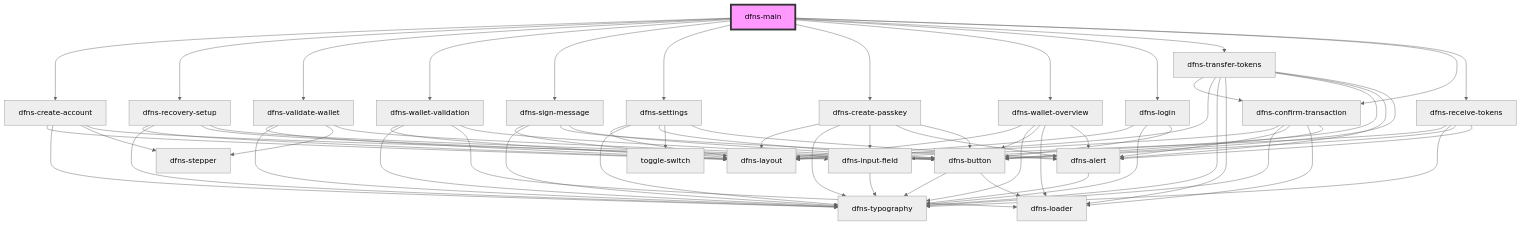
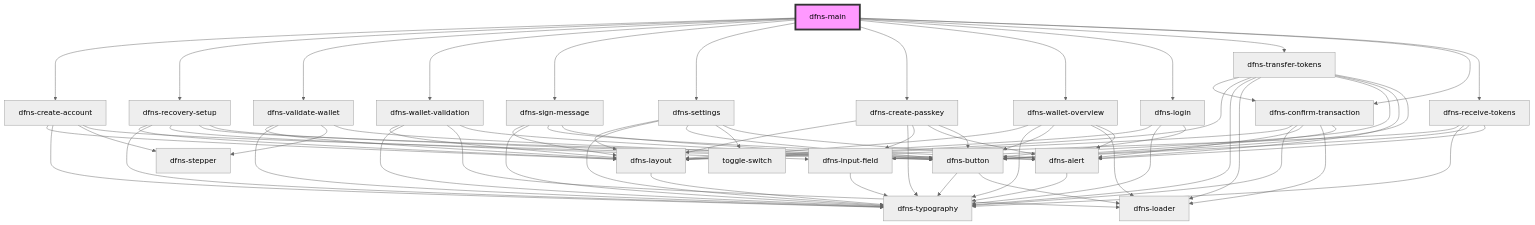
The diagram in src/components/Pages/dfns-main/readme.md (dfnsext/web-ui), drawn with Mermaid (neutral theme) before and after one commit. The commit also changed other lines of this file and 25 other files, not shown here.

````diff
--- a/src/components/Pages/dfns-main/readme.md
+++ b/src/components/Pages/dfns-main/readme.md
@@ -40,74 +39,76 @@
 ```mermaid
 graph TD;
   dfns-main --> dfns-create-account
   dfns-main --> dfns-recovery-setup
   dfns-main --> dfns-validate-wallet
   dfns-main --> dfns-wallet-validation
   dfns-main --> dfns-sign-message
   dfns-main --> dfns-settings
   dfns-main --> dfns-create-passkey
   dfns-main --> dfns-wallet-overview
   dfns-main --> dfns-login
   dfns-main --> dfns-transfer-tokens
   dfns-main --> dfns-confirm-transaction
   dfns-main --> dfns-receive-tokens
   dfns-create-account --> dfns-layout
   dfns-create-account --> dfns-typography
   dfns-create-account --> dfns-stepper
   dfns-create-account --> dfns-button
+  dfns-layout --> dfns-typography
   dfns-button --> dfns-typography
   dfns-button --> dfns-loader
   dfns-recovery-setup --> dfns-layout
   dfns-recovery-setup --> dfns-typography
   dfns-recovery-setup --> dfns-input-field
+  dfns-recovery-setup --> dfns-alert
   dfns-recovery-setup --> dfns-button
   dfns-input-field --> dfns-typography
+  dfns-alert --> dfns-typography
   dfns-validate-wallet --> dfns-layout
   dfns-validate-wallet --> dfns-typography
   dfns-validate-wallet --> dfns-stepper
   dfns-validate-wallet --> dfns-button
   dfns-wallet-validation --> dfns-layout
   dfns-wallet-validation --> dfns-typography
   dfns-wallet-validation --> dfns-loader
   dfns-wallet-validation --> dfns-button
   dfns-sign-message --> dfns-layout
   dfns-sign-message --> dfns-typography
   dfns-sign-message --> dfns-alert
   dfns-sign-message --> dfns-button
-  dfns-alert --> dfns-typography
   dfns-settings --> dfns-layout
   dfns-settings --> dfns-typography
   dfns-settings --> dfns-button
   dfns-settings --> toggle-switch
   dfns-settings --> dfns-alert
   dfns-create-passkey --> dfns-layout
   dfns-create-passkey --> dfns-typography
   dfns-create-passkey --> dfns-input-field
   dfns-create-passkey --> dfns-alert
   dfns-create-passkey --> dfns-button
   dfns-wallet-overview --> dfns-layout
   dfns-wallet-overview --> dfns-typography
   dfns-wallet-overview --> dfns-button
   dfns-wallet-overview --> dfns-loader
   dfns-wallet-overview --> dfns-alert
   dfns-login --> dfns-layout
   dfns-login --> dfns-typography
   dfns-login --> dfns-button
   dfns-transfer-tokens --> dfns-confirm-transaction
   dfns-transfer-tokens --> dfns-layout
   dfns-transfer-tokens --> dfns-typography
   dfns-transfer-tokens --> dfns-loader
   dfns-transfer-tokens --> dfns-input-field
   dfns-transfer-tokens --> dfns-alert
   dfns-transfer-tokens --> dfns-button
   dfns-confirm-transaction --> dfns-layout
   dfns-confirm-transaction --> dfns-typography
   dfns-confirm-transaction --> dfns-alert
   dfns-confirm-transaction --> dfns-loader
   dfns-confirm-transaction --> dfns-button
   dfns-receive-tokens --> dfns-layout
   dfns-receive-tokens --> dfns-typography
   dfns-receive-tokens --> dfns-button
   dfns-receive-tokens --> dfns-alert
   style dfns-main fill:#f9f,stroke:#333,stroke-width:4px
 ```
````
